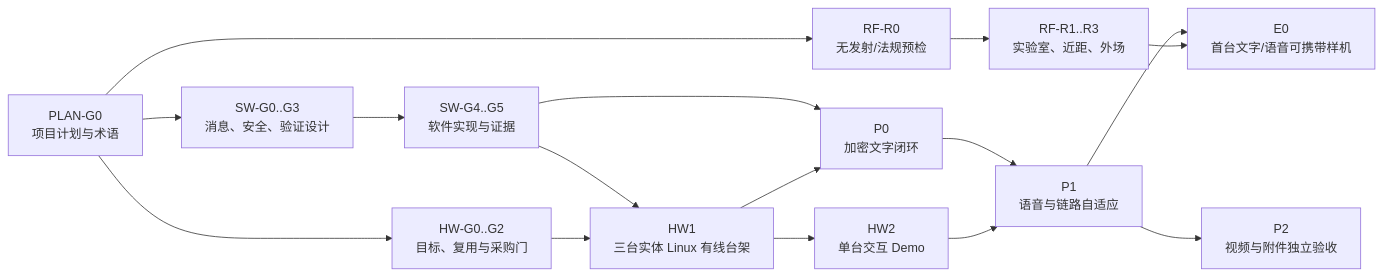
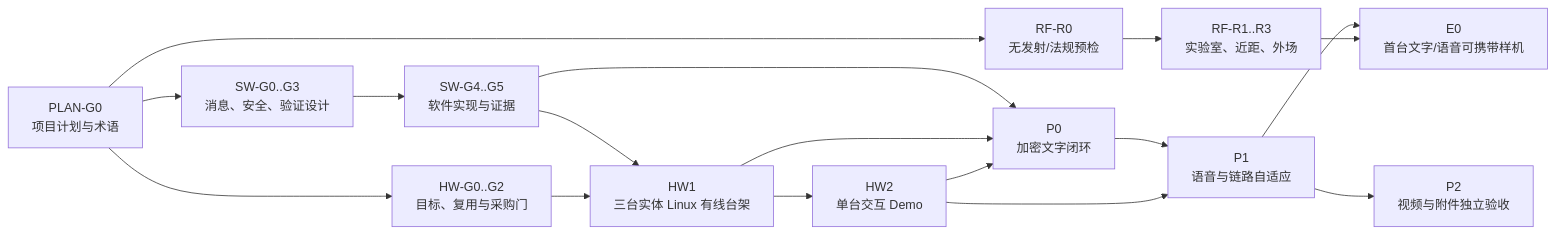
The diagram in docs/status/project-execution-plan.md (laugh0608/RadishLink), drawn with Mermaid before and after one commit. The commit also changed other lines of this file and 9 other files, not shown here.

````diff
--- a/docs/status/project-execution-plan.md
+++ b/docs/status/project-execution-plan.md
@@ -83,27 +83,28 @@
 ```mermaid
 flowchart LR
     plan["PLAN-G0<br/>项目计划与术语"]
     swd["SW-G0..G3<br/>消息、安全、验证设计"]
     swv["SW-G4..G5<br/>软件实现与证据"]
     hwd["HW-G0..G2<br/>目标、复用与采购门"]
     hw1["HW1<br/>三台实体 Linux 有线台架"]
     hw2["HW2<br/>单台交互 Demo"]
     rf0["RF-R0<br/>无发射/法规预检"]
     rf1["RF-R1..R3<br/>实验室、近距、外场"]
     p0["P0<br/>加密文字闭环"]
     p1["P1<br/>语音与链路自适应"]
     p2["P2<br/>视频与附件独立验收"]
     e0["E0<br/>首台文字/语音可携带样机"]
 
     plan --> swd --> swv
     plan --> hwd
     swv --> hw1 --> hw2
     hwd --> hw1
     plan --> rf0 --> rf1
     swv --> p0
     hw1 --> p0
     p0 --> p1 --> e0
     p1 --> p2
+    hw2 --> p0
     hw2 --> p1
     rf1 --> e0
 ```
````
